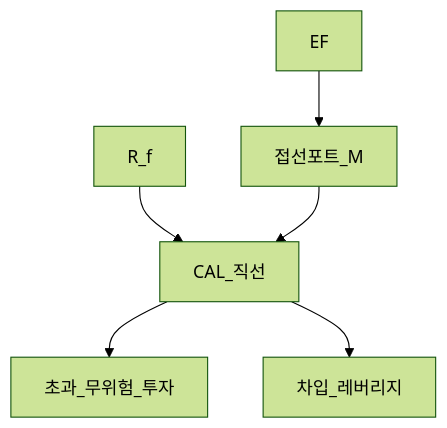
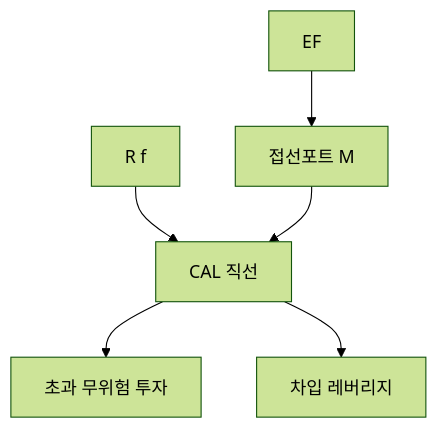
One commit to goldanghenry/Finances changed the third of 3 diagrams in 04-portfolio/portfolio-theory-mpt.md. Above: the diagram before and after it, drawn with Mermaid (forest theme). The commit also changed other lines of this file and 211 other files, not shown here.

````diff
--- a/04-portfolio/portfolio-theory-mpt.md
+++ b/04-portfolio/portfolio-theory-mpt.md
@@ -143,8 +146,8 @@
 ```mermaid
 flowchart TD
-  Rf2[R_f] --> Line[CAL_직선]
-  M[접선포트_M] --> Line
-  Line --> Lend[초과_무위험_투자]
-  Line --> Borrow[차입_레버리지]
+  Rf2["R f"] --> Line["CAL 직선"]
+  M["접선포트 M"] --> Line
+  Line --> Lend["초과 무위험 투자"]
+  Line --> Borrow["차입 레버리지"]
   EF2[EF] --> M
 ```
````
